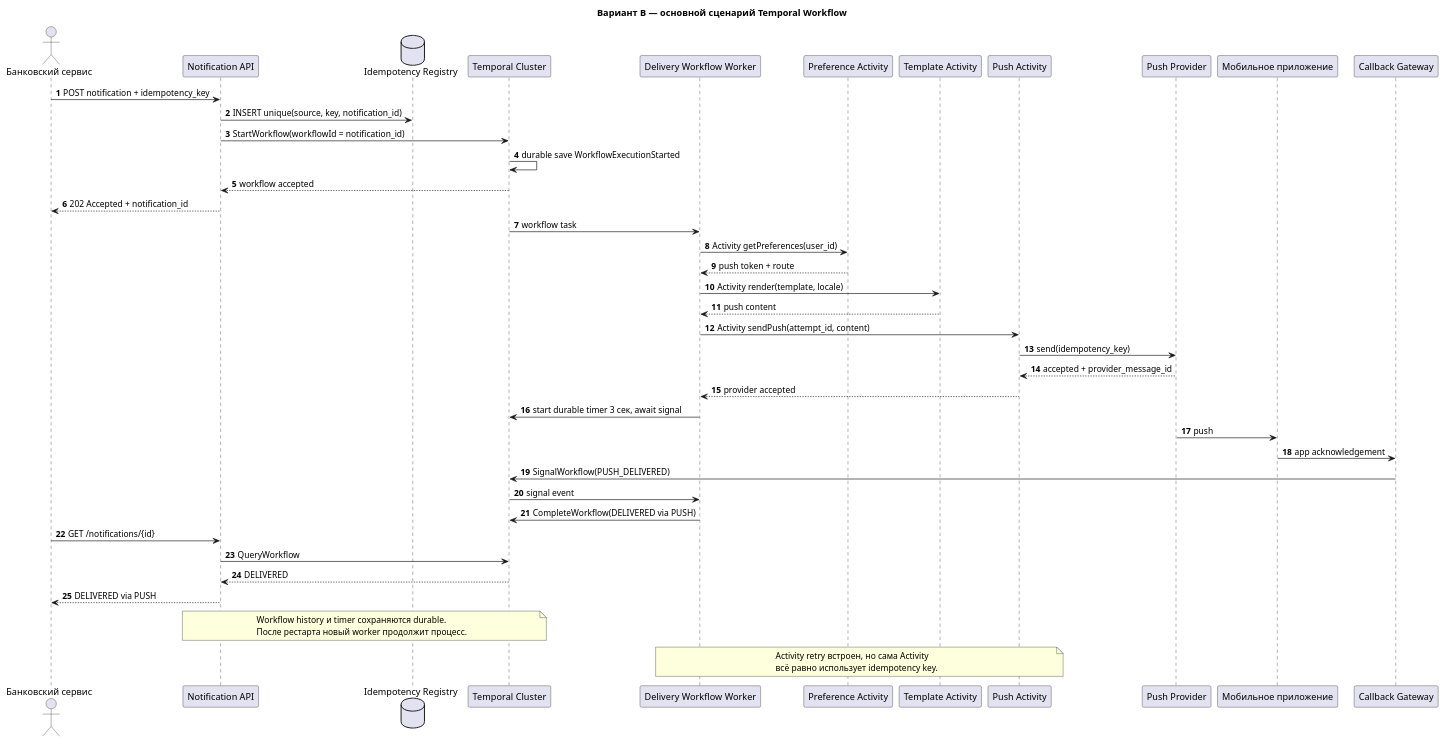
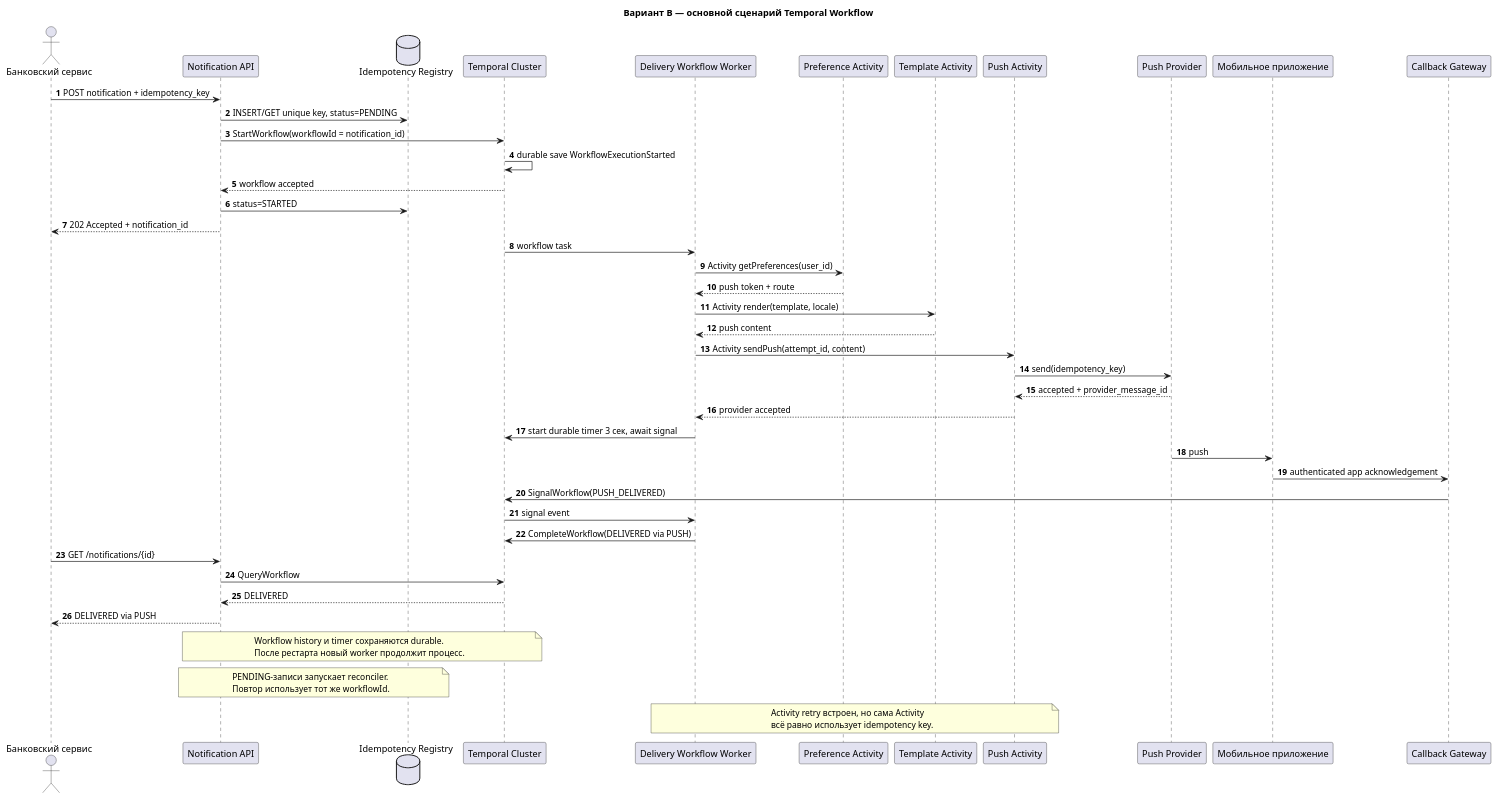
The diagram in diagrams/sequence-option-b-main.puml (ItsBelyaev/notification-platform-homework), drawn with PlantUML before and after one commit. The commit also changed 7 other files, not shown here.

Commit message:
Fix notification architecture consistency

```diff
--- a/diagrams/sequence-option-b-main.puml
+++ b/diagrams/sequence-option-b-main.puml
@@ -1,54 +1,60 @@
 @startuml
 title Вариант B — основной сценарий Temporal Workflow
 autonumber
 
 actor "Банковский сервис" as Source
 participant "Notification API" as API
 database "Idempotency Registry" as Registry
 participant "Temporal Cluster" as Temporal
 participant "Delivery Workflow Worker" as Workflow
 participant "Preference Activity" as Pref
 participant "Template Activity" as Template
 participant "Push Activity" as Push
 participant "Push Provider" as Provider
 participant "Мобильное приложение" as App
 participant "Callback Gateway" as Callback
 
 Source -> API: POST notification + idempotency_key
-API -> Registry: INSERT unique(source, key, notification_id)
+API -> Registry: INSERT/GET unique key, status=PENDING
 API -> Temporal: StartWorkflow(workflowId = notification_id)
 Temporal -> Temporal: durable save WorkflowExecutionStarted
 Temporal --> API: workflow accepted
+API -> Registry: status=STARTED
 API --> Source: 202 Accepted + notification_id
 
 Temporal -> Workflow: workflow task
 Workflow -> Pref: Activity getPreferences(user_id)
 Pref --> Workflow: push token + route
 Workflow -> Template: Activity render(template, locale)
 Template --> Workflow: push content
 Workflow -> Push: Activity sendPush(attempt_id, content)
 Push -> Provider: send(idempotency_key)
 Provider --> Push: accepted + provider_message_id
 Push --> Workflow: provider accepted
 Workflow -> Temporal: start durable timer 3 сек, await signal
 Provider -> App: push
-App -> Callback: app acknowledgement
+App -> Callback: authenticated app acknowledgement
 Callback -> Temporal: SignalWorkflow(PUSH_DELIVERED)
 Temporal -> Workflow: signal event
 Workflow -> Temporal: CompleteWorkflow(DELIVERED via PUSH)
 
 Source -> API: GET /notifications/{id}
 API -> Temporal: QueryWorkflow
 Temporal --> API: DELIVERED
 API --> Source: DELIVERED via PUSH
 
 note over API,Temporal
 Workflow history и timer сохраняются durable.
 После рестарта новый worker продолжит процесс.
 end note
 
+note over API,Registry
+PENDING-записи запускает reconciler.
+Повтор использует тот же workflowId.
+end note
+
 note over Workflow,Push
 Activity retry встроен, но сама Activity
 всё равно использует idempotency key.
 end note
 @enduml
```
